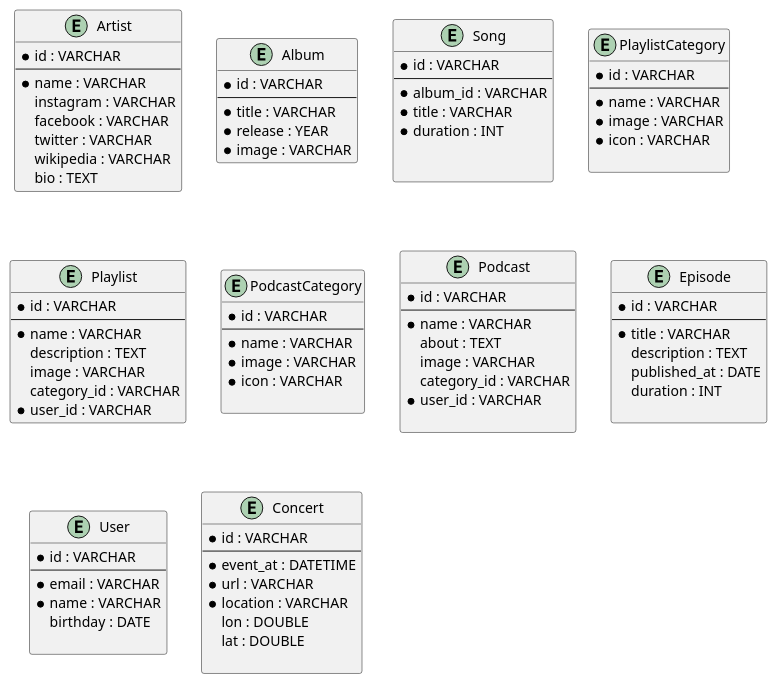
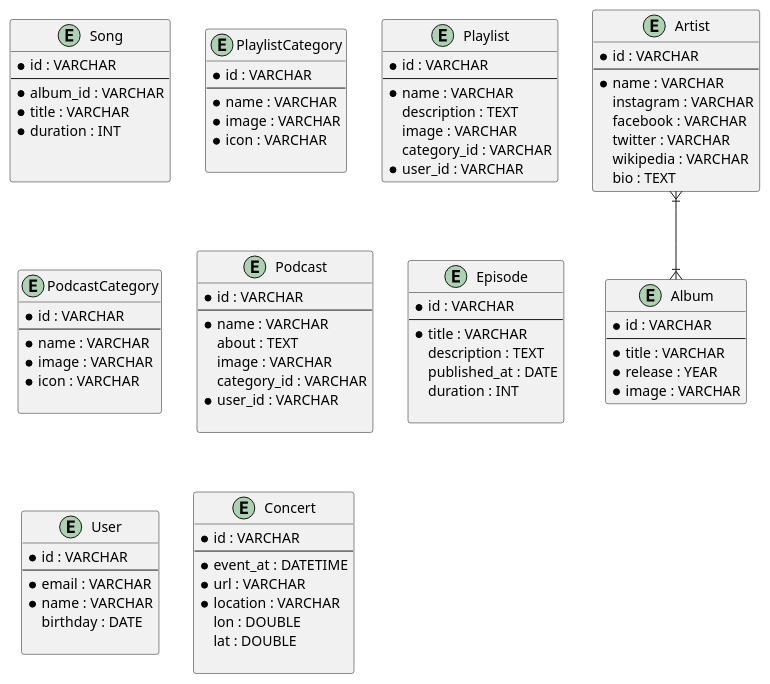
The diagram in spotify.puml (hanifiamdev/plantUML), drawn with PlantUML before and after one commit.

Commit message:
Menentukan Relasi Entity Album dengan Artist

```diff
--- a/spotify.puml
+++ b/spotify.puml
@@ -1,100 +1,101 @@
 @startuml
 entity Artist {
     * id : VARCHAR
     --
     * name : VARCHAR
     instagram : VARCHAR
     facebook : VARCHAR
     twitter : VARCHAR
     wikipedia : VARCHAR
     bio : TEXT
 }
 
 entity Album {
     * id : VARCHAR
     --
     * title : VARCHAR
     * release : YEAR
     * image : VARCHAR
 }
 
 entity Song {
     * id : VARCHAR
     --
     * album_id : VARCHAR
     * title : VARCHAR
     * duration : INT
 
 
 }
 
 entity PlaylistCategory {
     * id : VARCHAR
     --
     * name : VARCHAR
     * image : VARCHAR
     * icon : VARCHAR
 
 }
 
 
 entity Playlist {
     * id : VARCHAR
     --
     * name : VARCHAR
     description : TEXT
     image : VARCHAR
     category_id : VARCHAR
     * user_id : VARCHAR
 }
 
 entity PodcastCategory {
     * id : VARCHAR
     --
     * name : VARCHAR
     * image : VARCHAR
     * icon : VARCHAR
 
 }
 
 entity Podcast {
     * id : VARCHAR
     --
     * name : VARCHAR
     about : TEXT
     image : VARCHAR
     category_id : VARCHAR
     * user_id : VARCHAR
 
 }
 
 entity Episode {
     * id : VARCHAR
     --
     * title : VARCHAR
     description : TEXT
     published_at : DATE
     duration : INT
 
 }
 
 entity User {
     * id : VARCHAR
     --
     * email : VARCHAR
     * name : VARCHAR
     birthday : DATE
 
 }
 
 entity Concert {
    * id : VARCHAR
    --
    * event_at : DATETIME
    * url : VARCHAR
    * location : VARCHAR
    lon : DOUBLE
    lat : DOUBLE
 
 }
+Artist }|--|{ Album
 @enduml
```
